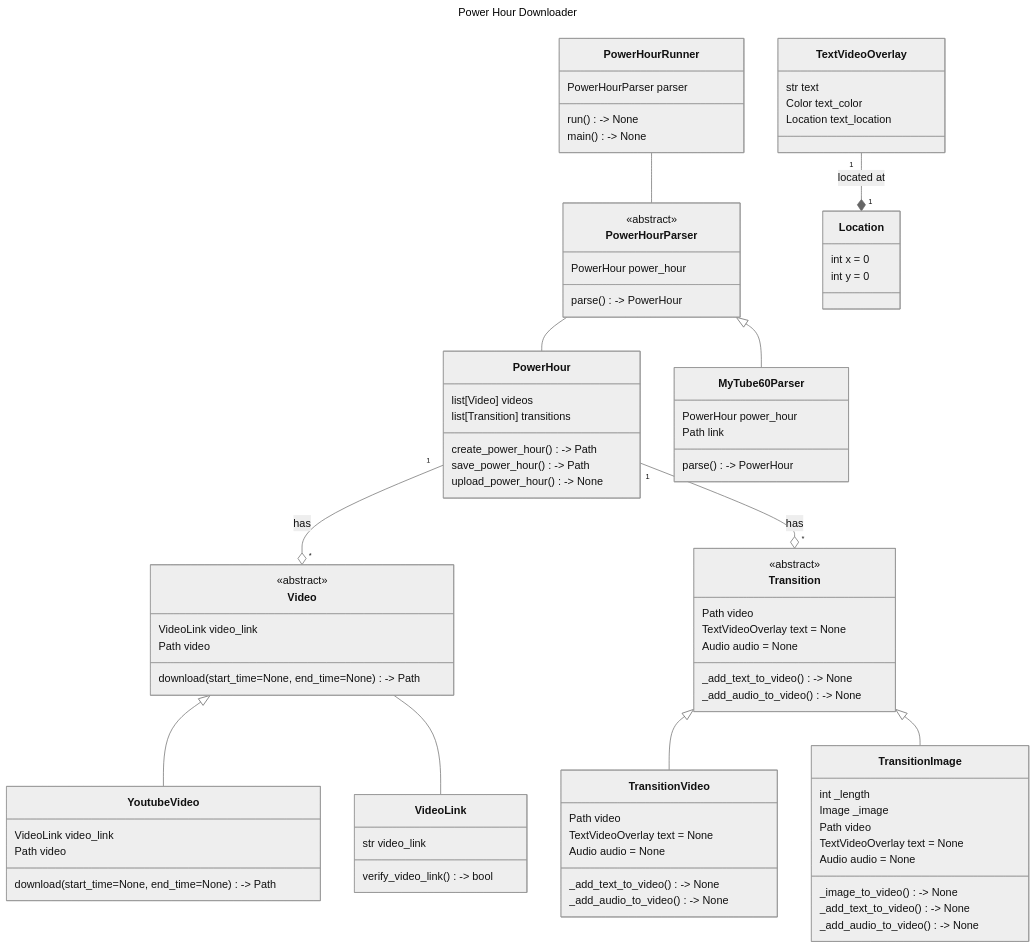
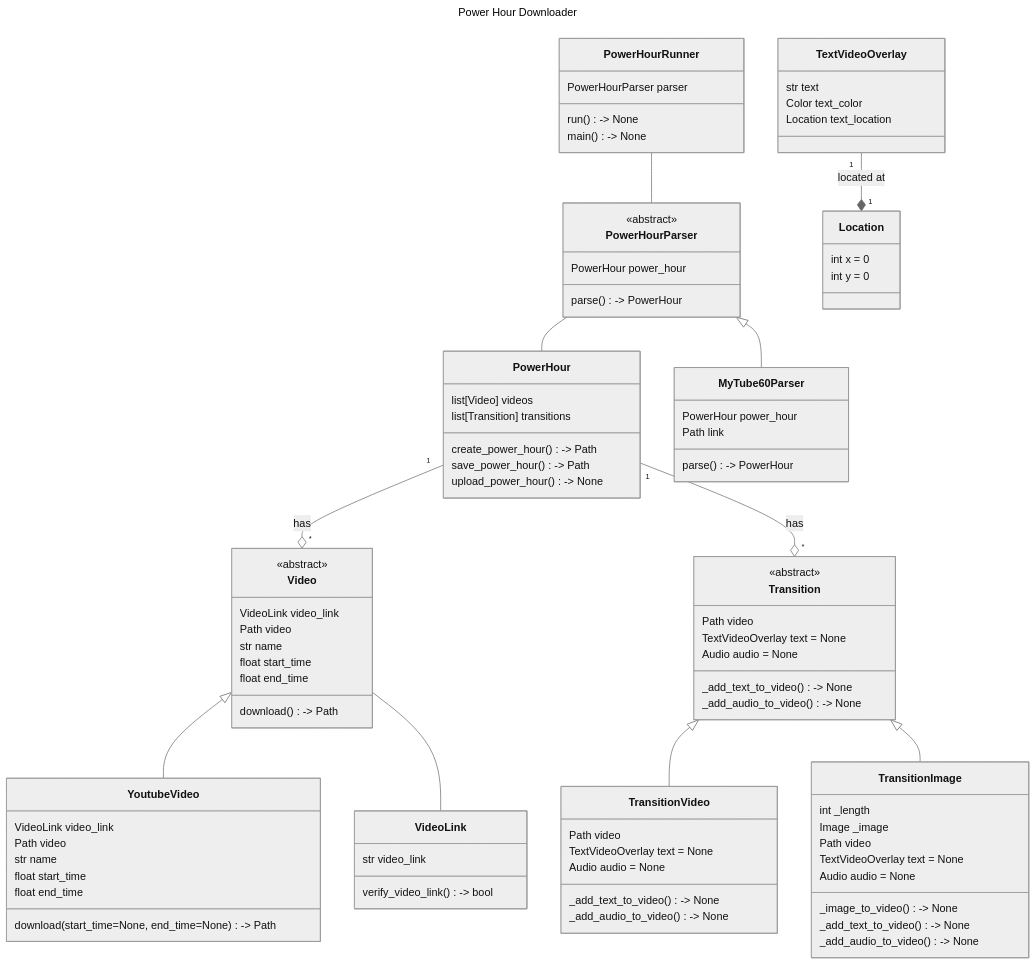
Before and after one commit to tjander3/PowerHourDownloader: the diagram in class-diagram.md, drawn with Mermaid (neutral theme). The commit also changed 2 other files, not shown here.

Commit message:
added in parsing of vidoe

```diff
--- a/class-diagram.md
+++ b/class-diagram.md
@@ -91,14 +91,20 @@
         <<abstract>>
         VideoLink video_link
         Path video
+        str name
+        float start_time
+        float end_time
 
-        download(start_time=None, end_time=None) -> Path
+        download() -> Path
     }
 
     Video <|-- YoutubeVideo
     class YoutubeVideo {
         VideoLink video_link
         Path video
+        str name
+        float start_time
+        float end_time
 
         download(start_time=None, end_time=None) -> Path
     }
```
